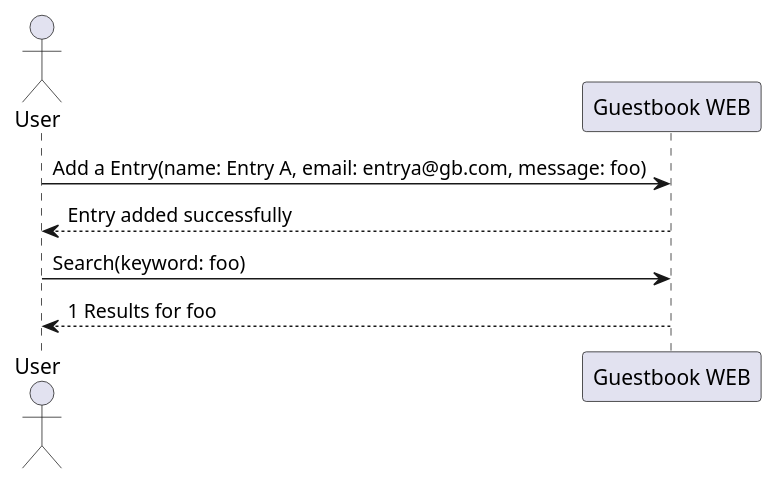
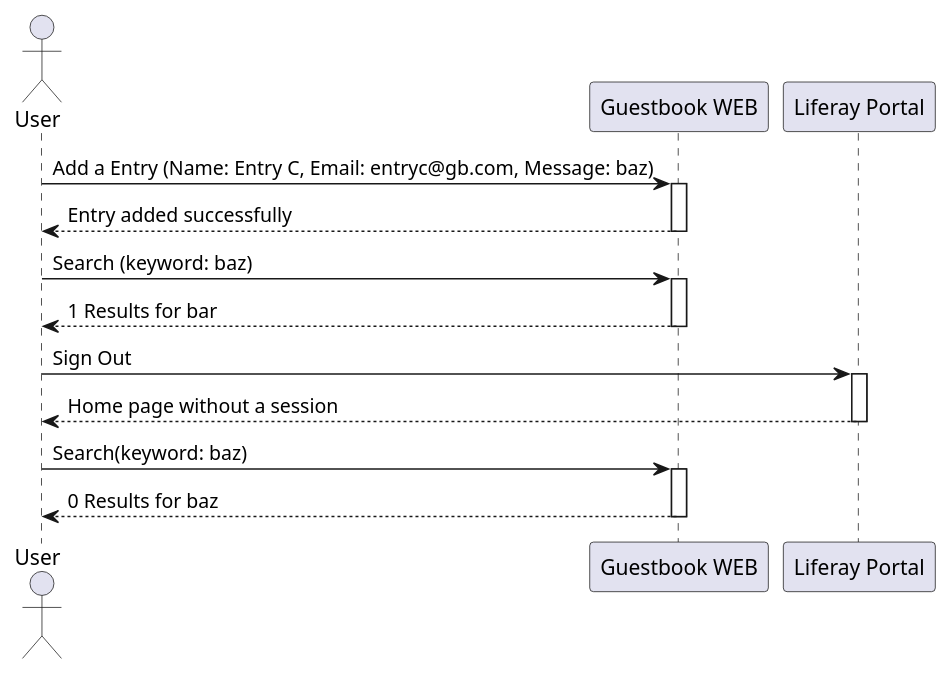
The diagram in docs/specifications/using-permissions/seq.plantuml (lmarqs/liferay-training), drawn with PlantUML before and after one commit. The commit also changed 3 other files, not shown here.

```diff
--- a/docs/specifications/using-permissions/seq.plantuml
+++ b/docs/specifications/using-permissions/seq.plantuml
@@ -1,9 +1,27 @@
 @startuml
-actor User
-participant "Guestbook WEB" as I
 
-User -> I: Add a Entry(name: Entry A, email: entrya@gb.com, message: foo)
-User <-- I: Entry added successfully
-User -> I: Search(keyword: foo)
-User <-- I: 1 Results for foo
+actor User as U
+participant "Guestbook WEB" as GW
+participant "Liferay Portal" as LP
+
+U -> GW: Add a Entry (Name: Entry C, Email: entryc@gb.com, Message: baz)
+activate GW
+U <-- GW: Entry added successfully
+deactivate GW
+
+U -> GW: Search (keyword: baz)
+activate GW
+U <-- GW: 1 Results for bar
+deactivate GW
+
+U -> LP: Sign Out
+activate LP
+U <-- LP: Home page without a session
+deactivate LP
+
+U -> GW: Search(keyword: baz)
+activate GW
+U <-- GW: 0 Results for baz
+deactivate GW
+
 @enduml
```
